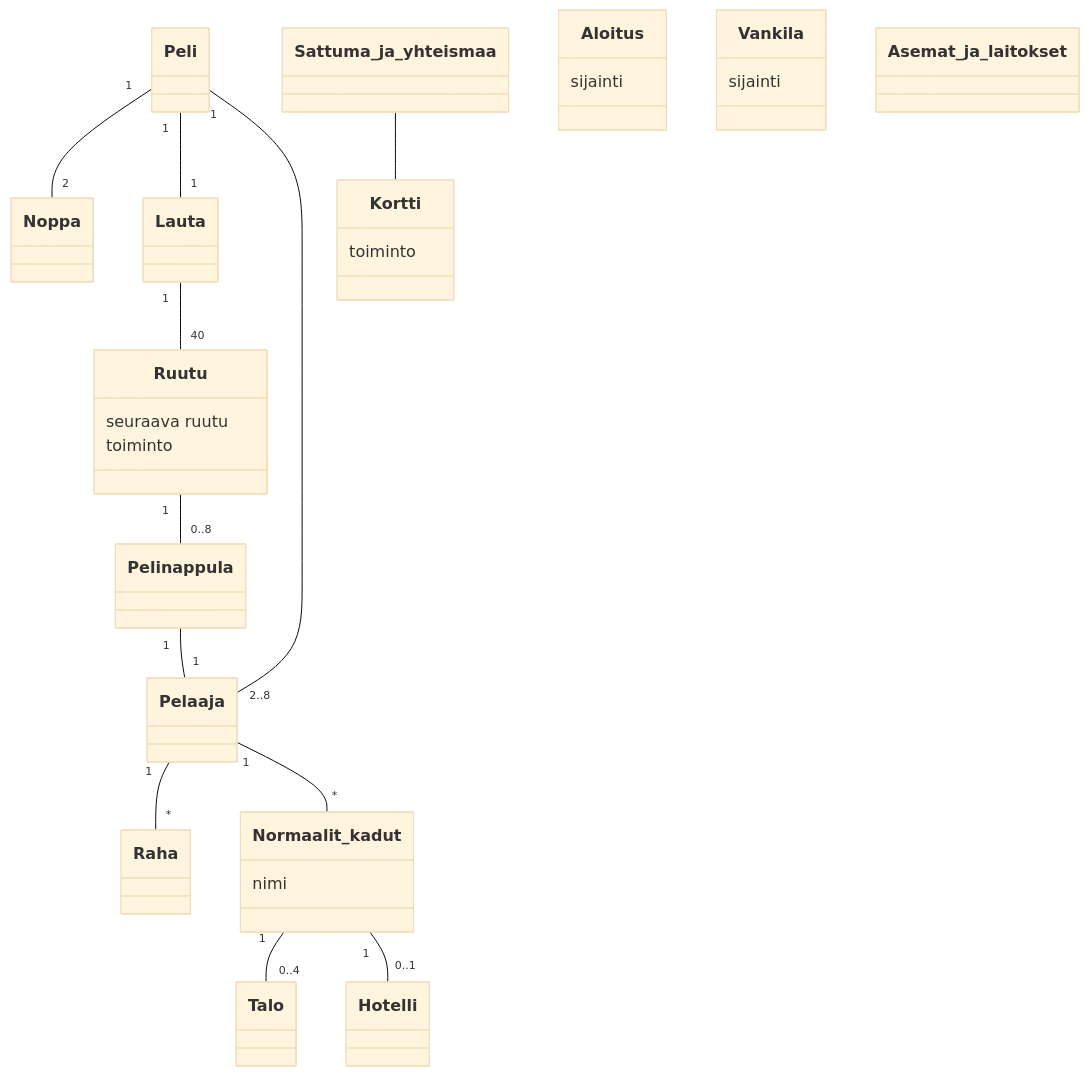
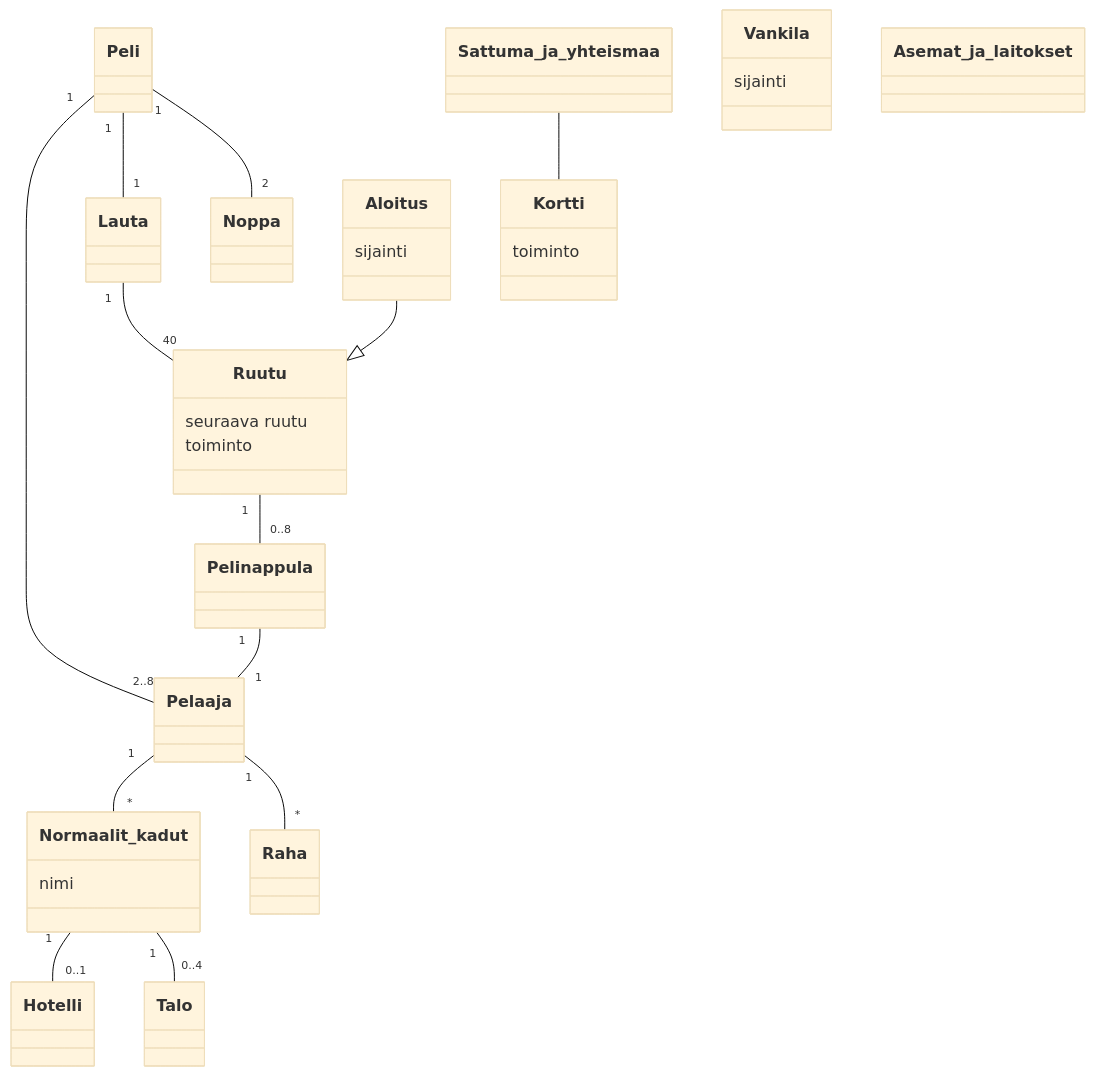
Before and after one commit to phuvio/ot-harjoitustyo: the second of 2 diagrams in laskarit/viikko3/monopoli.md, drawn with Mermaid (base theme).

````diff
--- a/laskarit/viikko3/monopoli.md
+++ b/laskarit/viikko3/monopoli.md
@@ -28,50 +28,51 @@
 ```mermaid
  classDiagram
       Peli "1"--"2" Noppa
       Peli "1"--"1" Lauta
       Lauta "1"--"40" Ruutu
       Ruutu "1"--"0..8" Pelinappula
       Pelinappula "1"--"1" Pelaaja
       Pelaaja "2..8"--"1" Peli
       Pelaaja "1"--"*" Raha
       Sattuma_ja_yhteismaa -- Kortti
       Normaalit_kadut "1"--"0..4" Talo
       Normaalit_kadut "1"--"0..1" Hotelli
       Pelaaja "1"--"*" Normaalit_kadut
+      Aloitus --|> Ruutu
       class Peli{
       }
       class Lauta{
       }
       class Ruutu{
       seuraava ruutu
       toiminto
       }
       class Raha{
       }
       class Pelaaja{
       }
       class Pelinappula{
       }
       class Noppa{
       }
       class Aloitus{
       sijainti
       }
       class Vankila{
       sijainti
       }
       class Sattuma_ja_yhteismaa{
       }
       class Kortti{
       toiminto
       }
       class Asemat_ja_laitokset{
       }
       class Normaalit_kadut{
       nimi
       }
       class Hotelli{
       }
       class Talo{
       }
 ```
````
